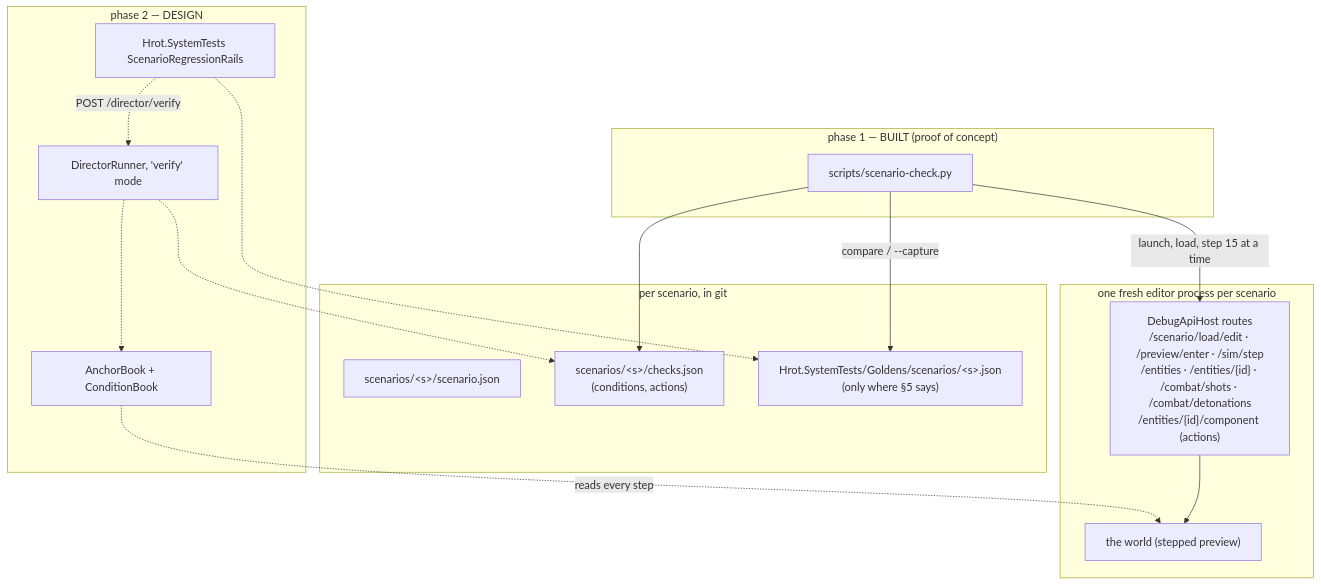
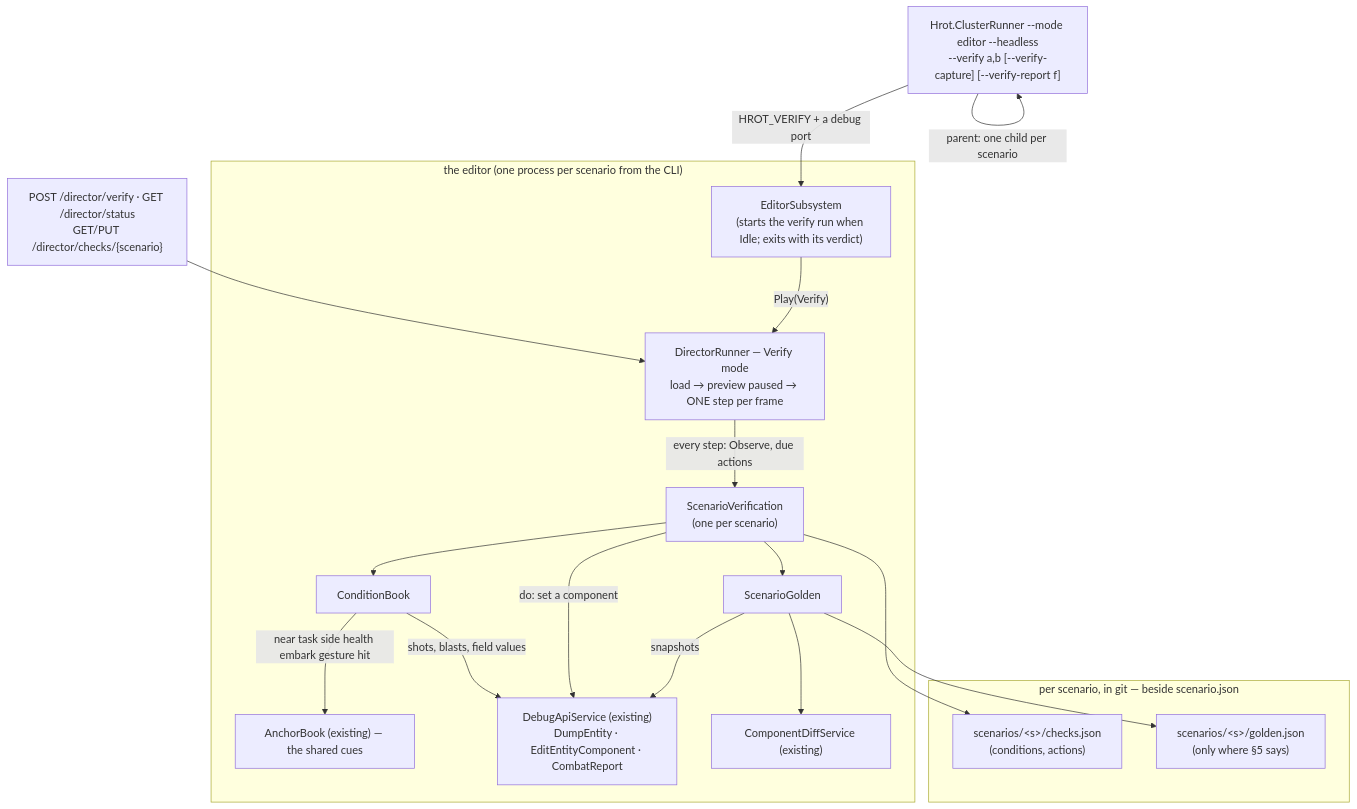
One commit to pjanec/HROT changed the first of 3 diagrams in docs/DESIGN_Scenario_Regression.md. Above: the diagram before and after it, drawn with Mermaid. The commit also changed other lines of this file and 21 other files, not shown here.

````diff
--- a/docs/DESIGN_Scenario_Regression.md
+++ b/docs/DESIGN_Scenario_Regression.md
@@ -38,29 +41,33 @@
 ```mermaid
 graph TD
-  subgraph data["per scenario, in git"]
-    SC["scenarios/&lt;s&gt;/scenario.json"]
+  subgraph data["per scenario, in git — beside scenario.json"]
     CK["scenarios/&lt;s&gt;/checks.json<br/>(conditions, actions)"]
-    GD["Hrot.SystemTests/Goldens/scenarios/&lt;s&gt;.json<br/>(only where §5 says)"]
+    GD["scenarios/&lt;s&gt;/golden.json<br/>(only where §5 says)"]
   end
-  subgraph p1["phase 1 — BUILT (proof of concept)"]
-    PY["scripts/scenario-check.py"]
+  CLI["Hrot.ClusterRunner --mode editor --headless<br/>--verify a,b [--verify-capture] [--verify-report f]"]
+  HTTP["POST /director/verify · GET /director/status<br/>GET/PUT /director/checks/{scenario}"]
+  subgraph editor["the editor (one process per scenario from the CLI)"]
+    ES["EditorSubsystem<br/>(starts the verify run when Idle; exits with its verdict)"]
+    DR["DirectorRunner — Verify mode<br/>load → preview paused → ONE step per frame"]
+    SV["ScenarioVerification<br/>(one per scenario)"]
+    CB["ConditionBook"]
+    AB["AnchorBook (existing) — the shared cues"]
+    GL["ScenarioGolden"]
+    DS["DebugApiService (existing)<br/>DumpEntity · EditEntityComponent · CombatReport"]
+    DIFF["ComponentDiffService (existing)"]
   end
-  subgraph editor["one fresh editor process per scenario"]
-    API["DebugApiHost routes<br/>/scenario/load/edit · /preview/enter · /sim/step<br/>/entities · /entities/{id} · /combat/shots · /combat/detonations<br/>/entities/{id}/component (actions)"]
-    W["the world (stepped preview)"]
-  end
-  subgraph p2["phase 2 — DESIGN"]
-    DR["DirectorRunner, 'verify' mode"]
-    CB["AnchorBook + ConditionBook"]
-    RAIL["Hrot.SystemTests ScenarioRegressionRails"]
-  end
-  PY -->|"launch, load, step 15 at a time"| API
-  API --> W
-  PY --> CK
-  PY -->|"compare / --capture"| GD
-  RAIL -.->|"POST /director/verify"| DR
-  DR -.-> CB
-  CB -.->|"reads every step"| W
-  DR -.-> CK
-  RAIL -.-> GD
+  CLI -->|"parent: one child per scenario"| CLI
+  CLI -->|"HROT_VERIFY + a debug port"| ES
+  HTTP --> DR
+  ES -->|"Play(Verify)"| DR
+  DR -->|"every step: Observe, due actions"| SV
+  SV --> CB
+  CB -->|"near task side health embark gesture hit"| AB
+  CB -->|"shots, blasts, field values"| DS
+  SV -->|"do: set a component"| DS
+  SV --> GL
+  GL -->|"snapshots"| DS
+  GL --> DIFF
+  SV --> CK
+  GL --> GD
 ```
````
